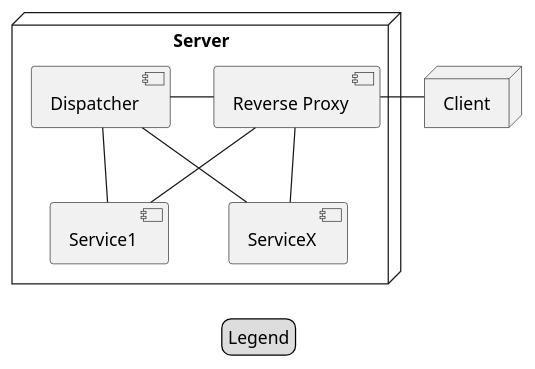
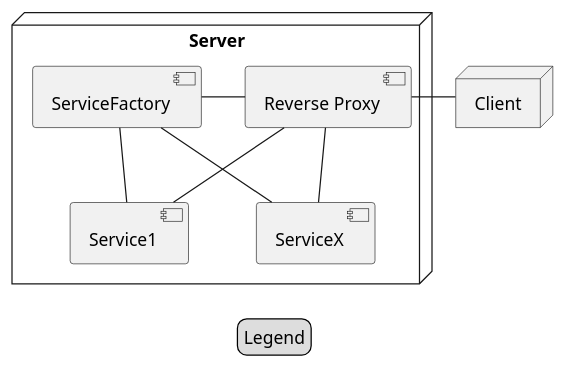
One commit to traderbook/documentation changed the diagram in dev-docs/specs/techniques/stddispatcher.adoc. Above: the diagram before and after it, drawn with PlantUML. The commit also changed other lines of this file and 3 other files, not shown here.

Commit message:
Updated to Service Factory

```diff
--- a/dev-docs/specs/techniques/stddispatcher.adoc
+++ b/dev-docs/specs/techniques/stddispatcher.adoc
@@ -8,23 +12,23 @@
 [plantuml, format="svg", role="right"]
 ....
 legend
 Legend
 endlegend
 
 node Client
 
 node Server {
     component "Reverse Proxy" as ReverseProxy
-    component Dispatcher
+    component ServiceFactory
     component Service1
     component ServiceX
 
-    ReverseProxy -left- Dispatcher
-    Dispatcher -down- Service1
-    Dispatcher -down- ServiceX
+    ReverseProxy -left- ServiceFactory
+    ServiceFactory -down- Service1
+    ServiceFactory -down- ServiceX
     ReverseProxy -down- Service1
     ReverseProxy -down- ServiceX
 }
 
 Client -right- ReverseProxy
 ....
```
